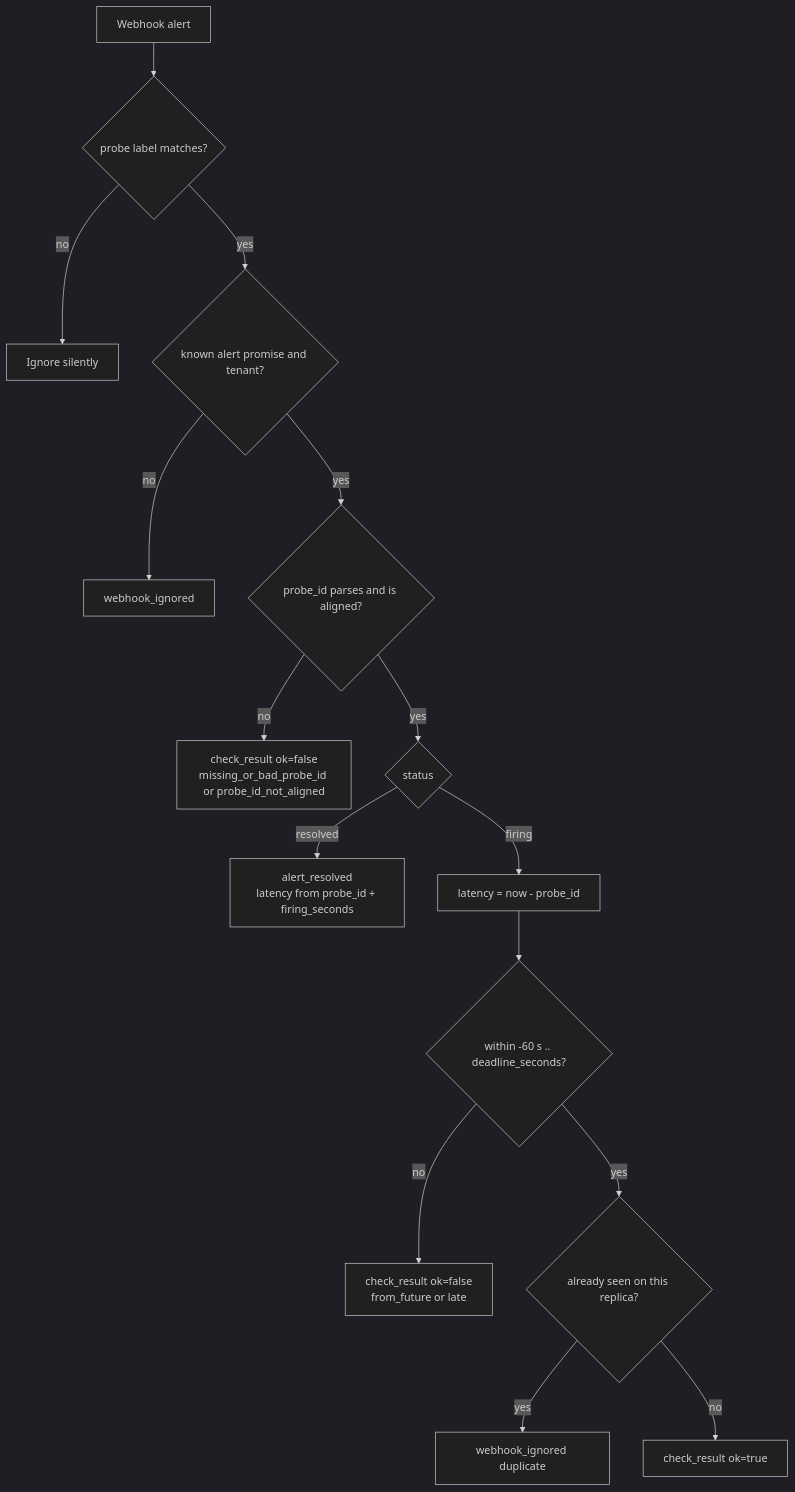
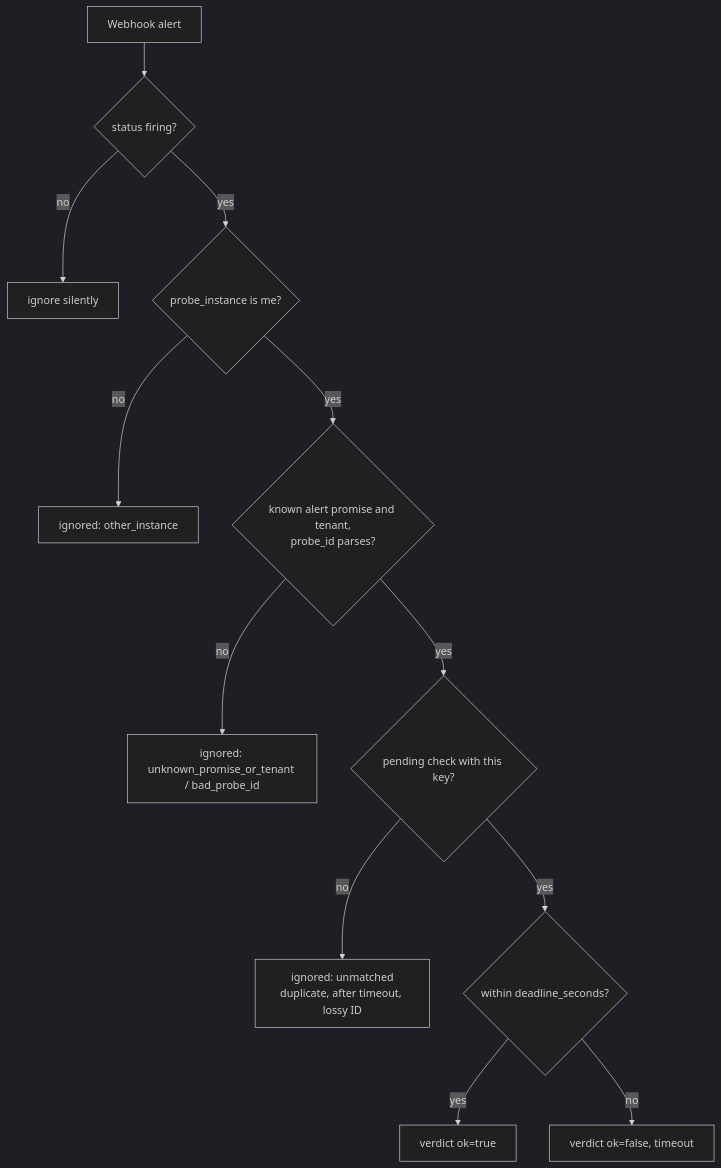
One commit to ileoliao/agent-repo changed the fourth of 6 diagrams in heartbeat-probe/README.md. Above: the diagram before and after it, drawn with Mermaid (dark theme). The commit also changed other lines of this file and 13 other files, not shown here.

````diff
--- a/heartbeat-probe/README.md
+++ b/heartbeat-probe/README.md
@@ -115,17 +115,14 @@
 ```mermaid
 flowchart TD
-  A["Webhook alert"] --> B{"probe label matches?"}
-  B -- no --> X["Ignore silently"]
-  B -- yes --> P{"known alert promise and tenant?"}
-  P -- no --> W["webhook_ignored"]
-  P -- yes --> C{"probe_id parses and is aligned?"}
-  C -- no --> F1["check_result ok=false<br/>missing_or_bad_probe_id or probe_id_not_aligned"]
-  C -- yes --> S{"status"}
-  S -- resolved --> R["alert_resolved<br/>latency from probe_id + firing_seconds"]
-  S -- firing --> L["latency = now - probe_id"]
-  L --> G{"within -60 s .. deadline_seconds?"}
-  G -- no --> F2["check_result ok=false<br/>from_future or late"]
-  G -- yes --> D{"already seen on this replica?"}
-  D -- yes --> W2["webhook_ignored duplicate"]
-  D -- no --> OK["check_result ok=true"]
+  W["Webhook alert"] --> S{"status firing?"}
+  S -- no --> X["ignore silently"]
+  S -- yes --> I{"probe_instance is me?"}
+  I -- no --> N1["ignored: other_instance"]
+  I -- yes --> K{"known alert promise and tenant,<br/>probe_id parses?"}
+  K -- no --> N2["ignored: unknown_promise_or_tenant / bad_probe_id"]
+  K -- yes --> M{"pending check with this key?"}
+  M -- no --> N3["ignored: unmatched<br/>duplicate, after timeout, lossy ID"]
+  M -- yes --> D{"within deadline_seconds?"}
+  D -- yes --> OK["verdict ok=true"]
+  D -- no --> F["verdict ok=false, timeout"]
 ```
````
